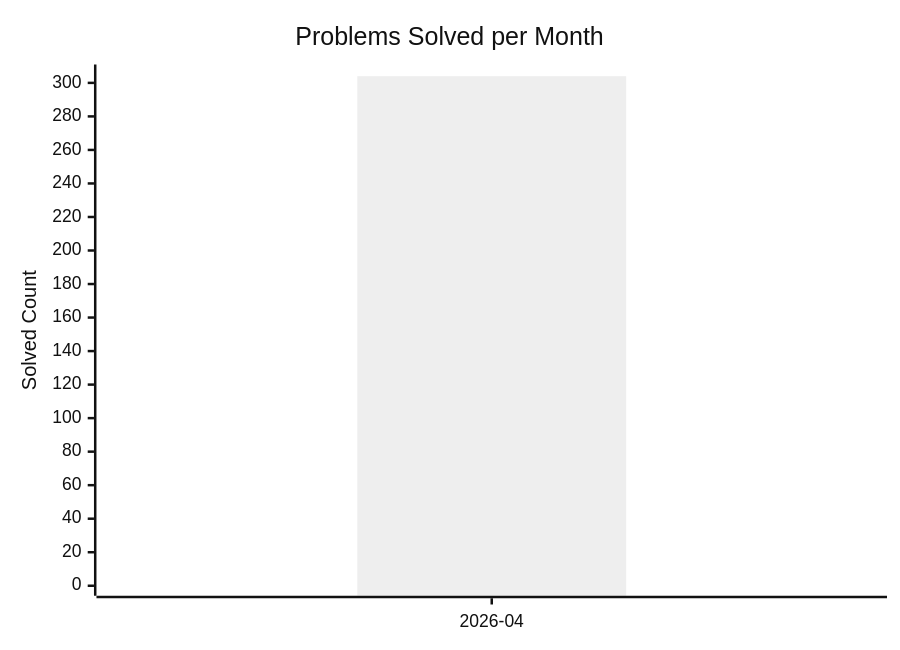
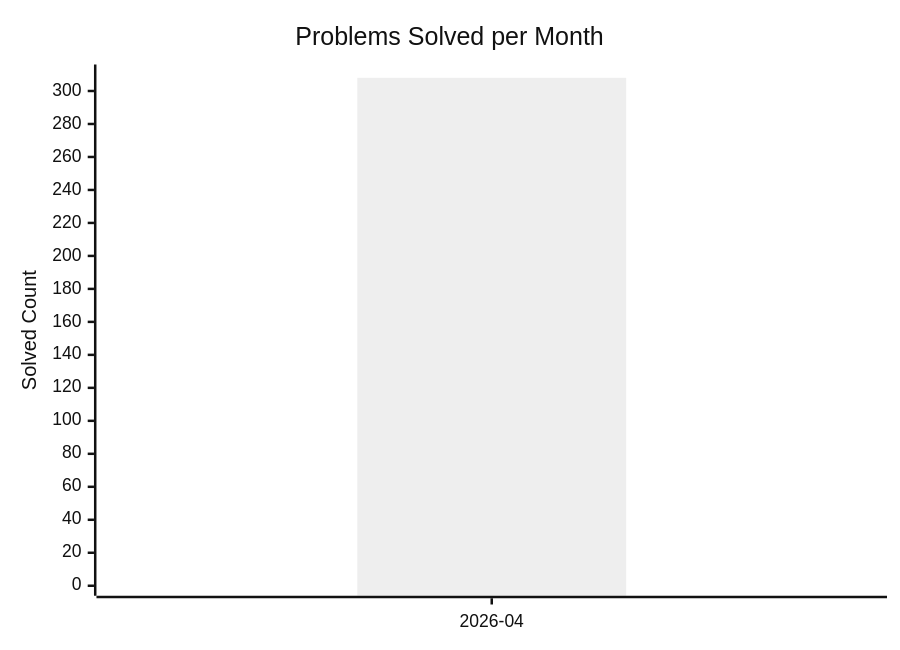
One commit to AdityaPandey-DEV/CP-Progress-Sync changed the diagram in dashboard.md. Above: the diagram before and after it, drawn with Mermaid (neutral theme). The commit also changed other lines of this file, not shown here.

Commit message:
Auto-update CP dashboard [skip ci]

````diff
--- a/dashboard.md
+++ b/dashboard.md
@@ -8,8 +8,8 @@
 ```mermaid
 xychart-beta
     title "Problems Solved per Month"
     x-axis ["2026-04"]
-    y-axis "Solved Count" 0 --> 305
-    bar [304]
-    line [304]
+    y-axis "Solved Count" 0 --> 310
+    bar [308]
+    line [308]
 ```
````
